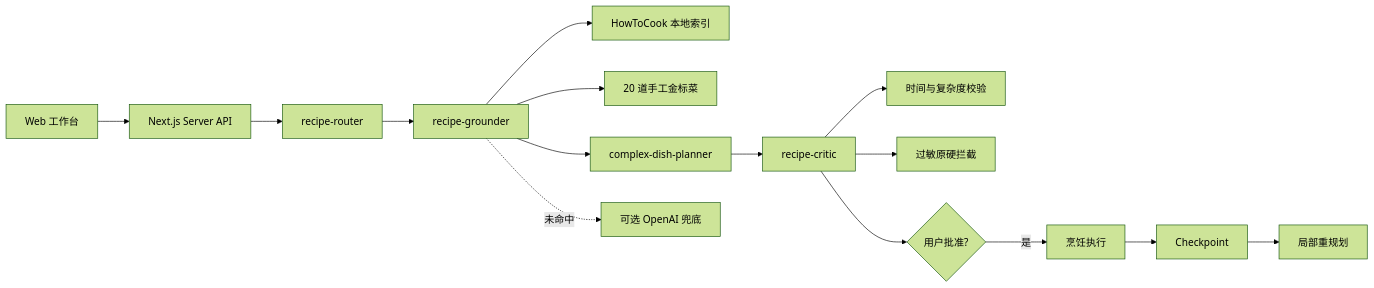
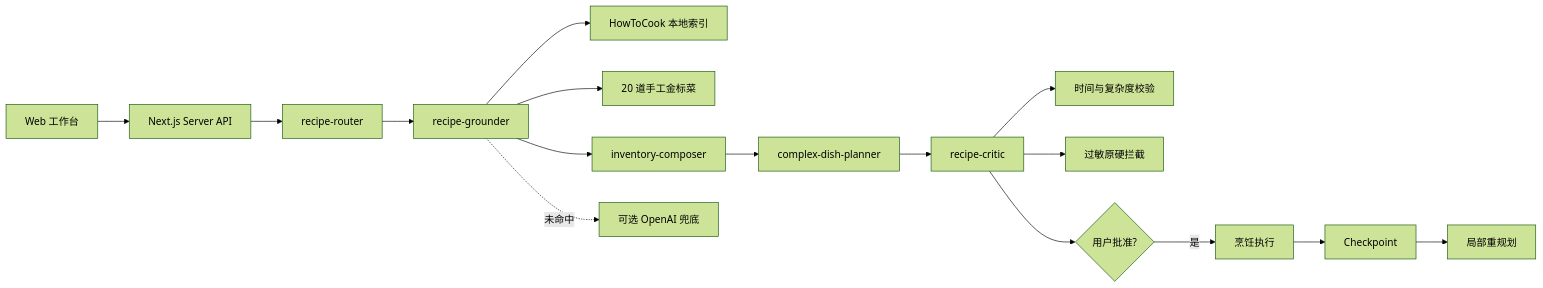
Before and after one commit to HYP190524/daily_cooking: the diagram in README.md, drawn with Mermaid (forest theme). The commit also changed other lines of this file and 14 other files, not shown here.

````diff
--- a/README.md
+++ b/README.md
@@ -16,17 +17,18 @@
 ```mermaid
 flowchart LR
   UI[Web 工作台] --> API[Next.js Server API]
   API --> Router[recipe-router]
   Router --> Grounder[recipe-grounder]
   Grounder --> Index[HowToCook 本地索引]
   Grounder --> Gold[20 道手工金标菜]
-  Grounder --> Complex[complex-dish-planner]
+  Grounder --> Inventory[inventory-composer]
+  Inventory --> Complex[complex-dish-planner]
   Complex --> Critic[recipe-critic]
   Critic --> Time[时间与复杂度校验]
   Critic --> Allergy[过敏原硬拦截]
   Grounder -. 未命中 .-> Model[可选 OpenAI 兜底]
   Critic --> Approval{用户批准?}
   Approval -->|是| Cook[烹饪执行]
   Cook --> Checkpoint[Checkpoint]
   Checkpoint --> Replan[局部重规划]
 ```
````
